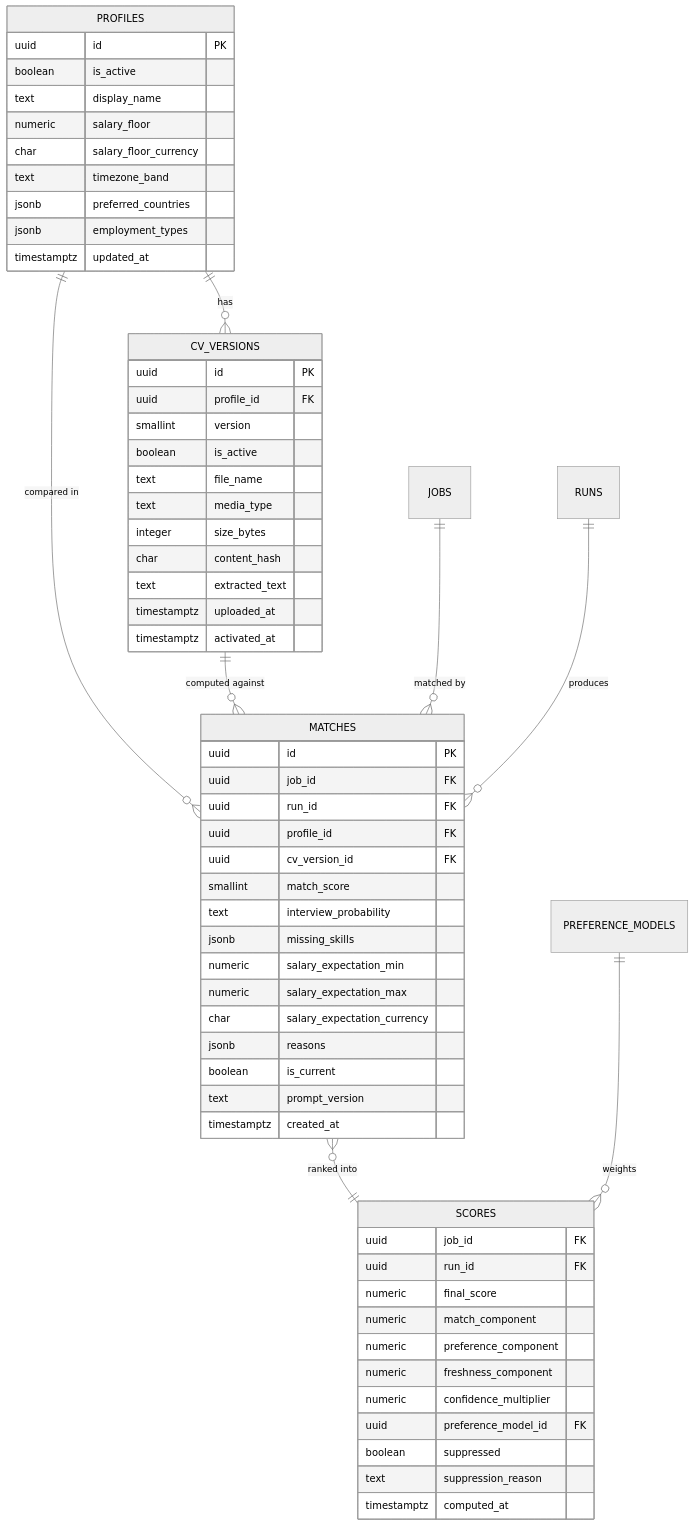
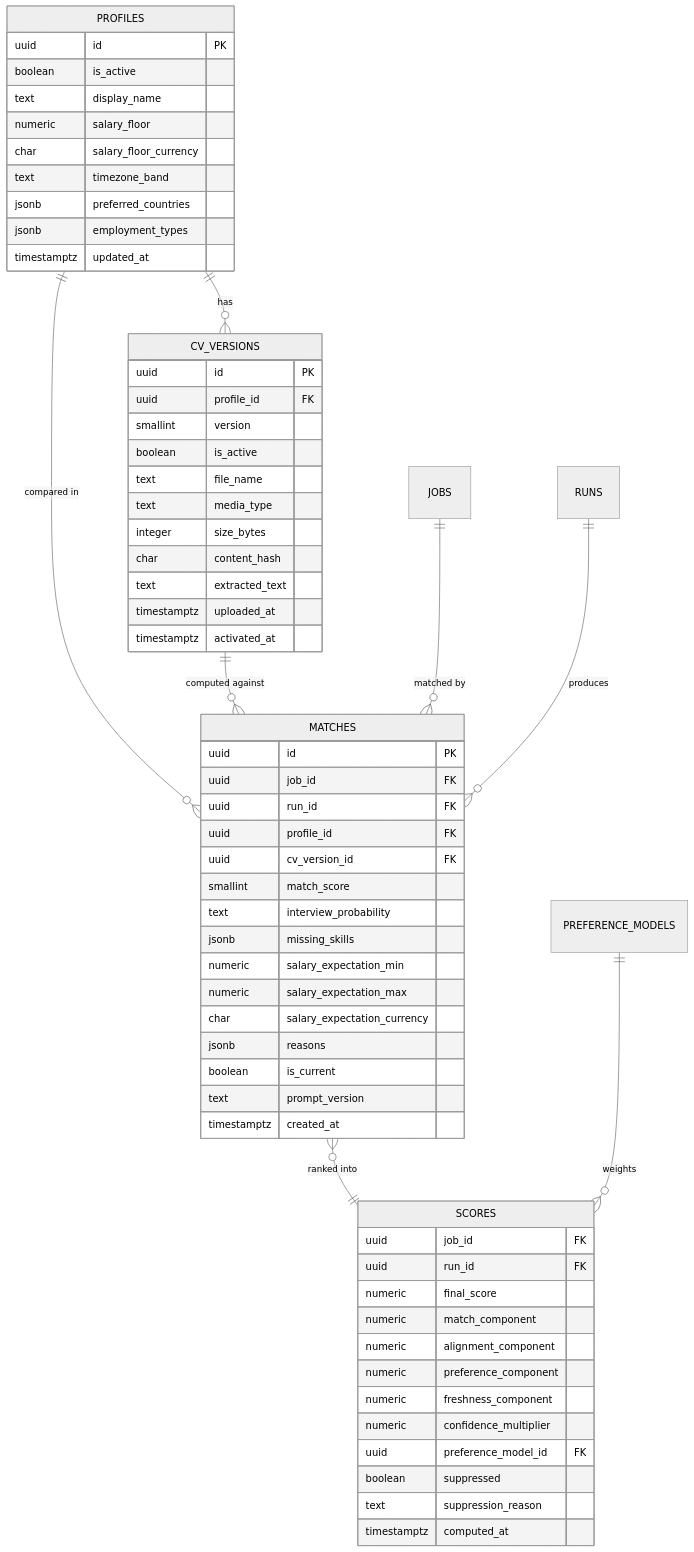
The diagram in docs/features/f4-cv-matching-ranking/data-model.md (HeliosPersonal/jobhunter), drawn with Mermaid (neutral theme) before and after one commit. The commit also changed other lines of this file and 26 other files, not shown here.

First line of the commit message:
feat(f4): add an alignment score component (T14)

````diff
--- a/docs/features/f4-cv-matching-ranking/data-model.md
+++ b/docs/features/f4-cv-matching-ranking/data-model.md
@@ -20,64 +20,65 @@
 ```mermaid
 erDiagram
   PROFILES ||--o{ CV_VERSIONS : has
   PROFILES ||--o{ MATCHES : "compared in"
   CV_VERSIONS ||--o{ MATCHES : "computed against"
   JOBS ||--o{ MATCHES : "matched by"
   RUNS ||--o{ MATCHES : produces
   MATCHES }o--|| SCORES : "ranked into"
   PREFERENCE_MODELS ||--o{ SCORES : weights
   PROFILES {
     uuid id PK
     boolean is_active
     text display_name
     numeric salary_floor
     char salary_floor_currency
     text timezone_band
     jsonb preferred_countries
     jsonb employment_types
     timestamptz updated_at
   }
   CV_VERSIONS {
     uuid id PK
     uuid profile_id FK
     smallint version
     boolean is_active
     text file_name
     text media_type
     integer size_bytes
     char content_hash
     text extracted_text
     timestamptz uploaded_at
     timestamptz activated_at
   }
   MATCHES {
     uuid id PK
     uuid job_id FK
     uuid run_id FK
     uuid profile_id FK
     uuid cv_version_id FK
     smallint match_score
     text interview_probability
     jsonb missing_skills
     numeric salary_expectation_min
     numeric salary_expectation_max
     char salary_expectation_currency
     jsonb reasons
     boolean is_current
     text prompt_version
     timestamptz created_at
   }
   SCORES {
     uuid job_id FK
     uuid run_id FK
     numeric final_score
     numeric match_component
+    numeric alignment_component
     numeric preference_component
     numeric freshness_component
     numeric confidence_multiplier
     uuid preference_model_id FK
     boolean suppressed
     text suppression_reason
     timestamptz computed_at
   }
 ```
````
